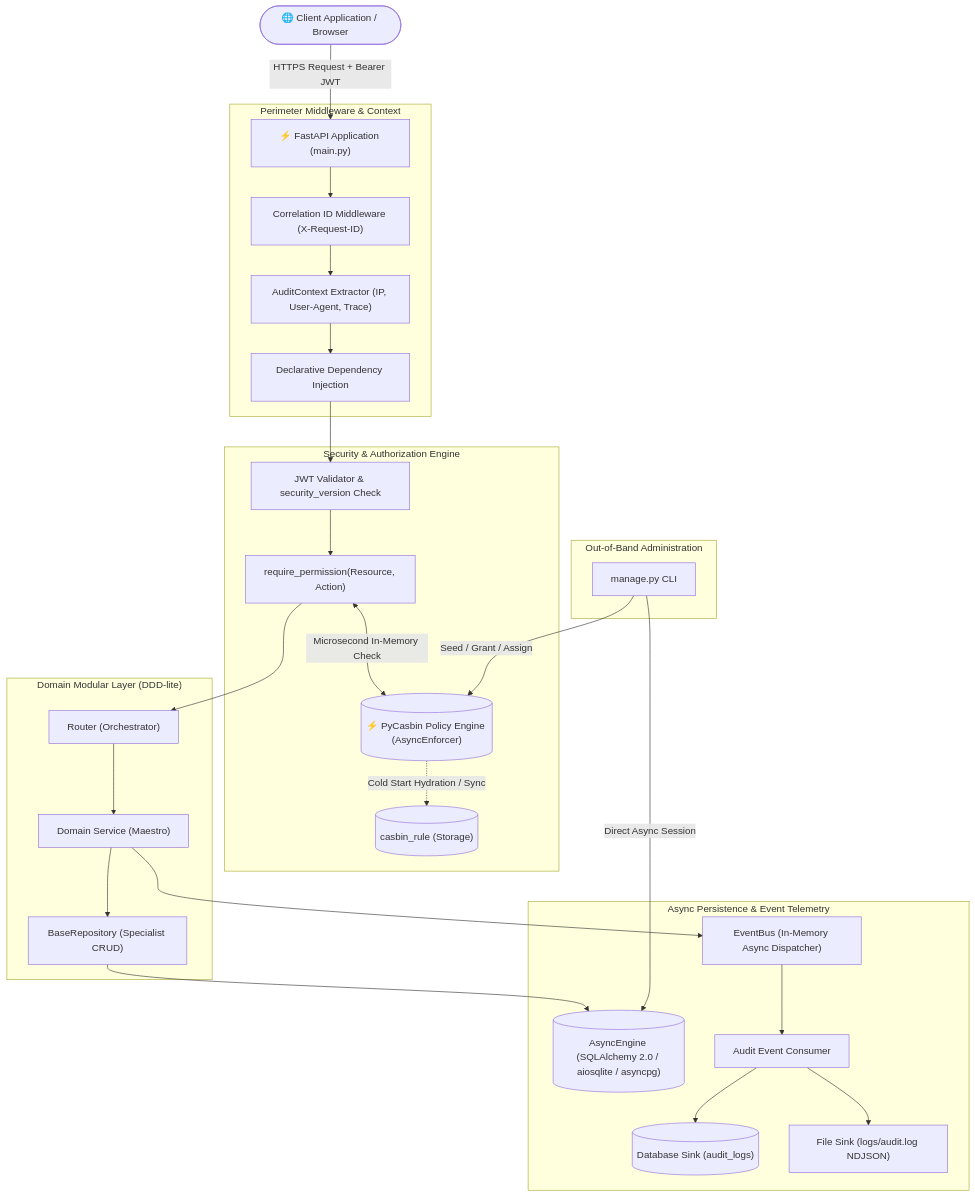
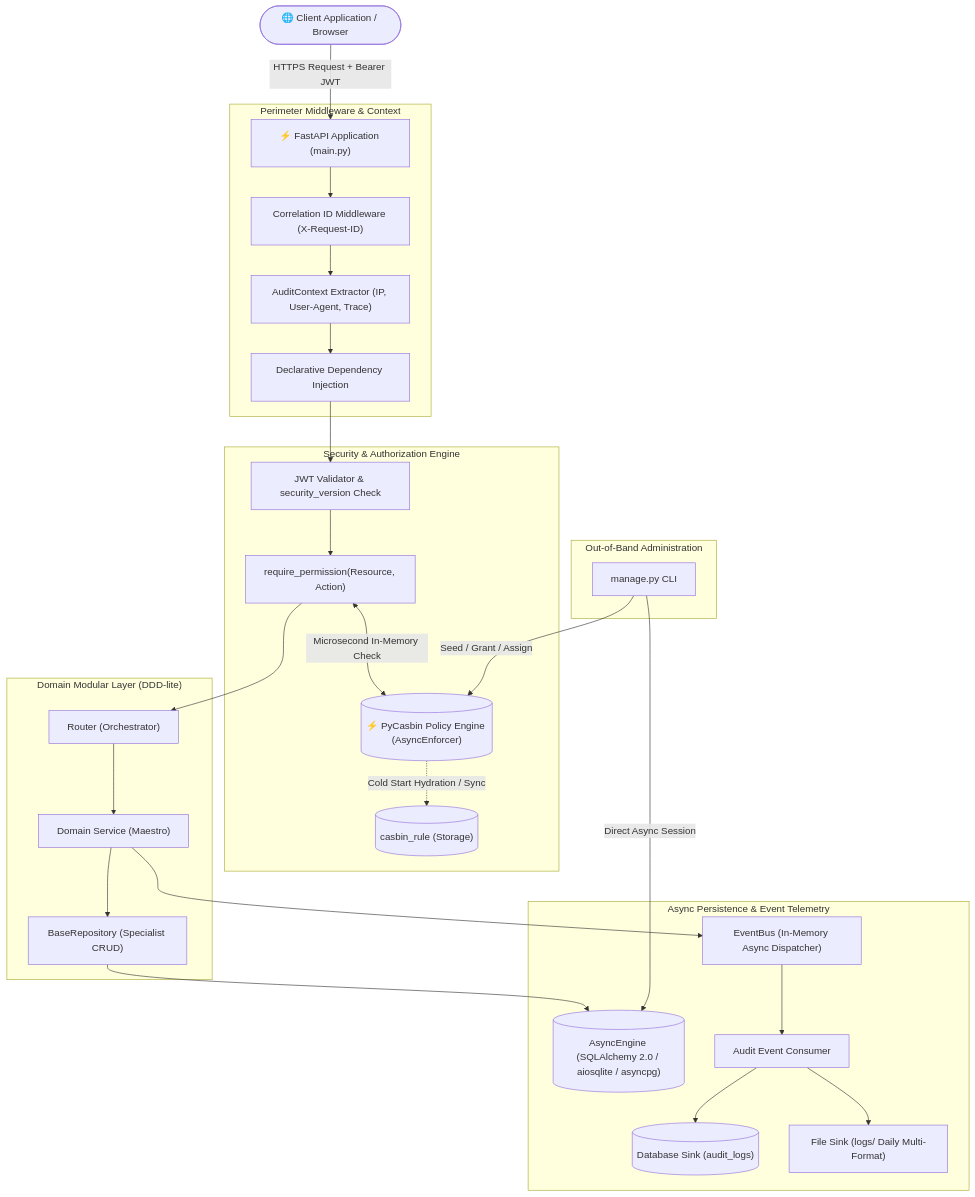
One commit to Ba-se-l/FastAPI-Base-Structure changed the diagram in README.md. Above: the diagram before and after it, drawn with Mermaid. The commit also changed other lines of this file and 51 other files, not shown here.

Commit message:
"feat(auth-audit): implement token lineage isolation, strict schema guards, and Alembic fix"

````diff
--- a/README.md
+++ b/README.md
@@ -37,36 +37,36 @@
 ```mermaid
 flowchart TD
     Client(["🌐 Client Application / Browser"]) -->|HTTPS Request + Bearer JWT| Main["⚡ FastAPI Application (main.py)"]
     
     subgraph Perimeter ["Perimeter Middleware & Context"]
         Main --> ReqId["Correlation ID Middleware (X-Request-ID)"]
         ReqId --> AuditCtx["AuditContext Extractor (IP, User-Agent, Trace)"]
         AuditCtx --> DepFactory["Declarative Dependency Injection"]
     end
     
     subgraph Security ["Security & Authorization Engine"]
         DepFactory --> JWTGuard["JWT Validator & security_version Check"]
         JWTGuard --> CasbinGuard["require_permission(Resource, Action)"]
         CasbinGuard <-->|Microsecond In-Memory Check| CasbinCache[("⚡ PyCasbin Policy Engine (AsyncEnforcer)")]
         CasbinCache -.->|Cold Start Hydration / Sync| DB_Rules[("casbin_rule (Storage)")]
     end
     
     subgraph Domain ["Domain Modular Layer (DDD-lite)"]
         CasbinGuard --> Router["Router (Orchestrator)"]
         Router --> Service["Domain Service (Maestro)"]
         Service --> BaseRepo["BaseRepository (Specialist CRUD)"]
     end
 
     subgraph Infrastructure ["Async Persistence & Event Telemetry"]
         BaseRepo --> AsyncEngine[("AsyncEngine (SQLAlchemy 2.0 / aiosqlite / asyncpg)")]
         Service --> EventBus["EventBus (In-Memory Async Dispatcher)"]
         EventBus --> AuditHandler["Audit Event Consumer"]
         AuditHandler --> SinkDB[("Database Sink (audit_logs)")]
-        AuditHandler --> SinkFile["File Sink (logs/audit.log NDJSON)"]
+        AuditHandler --> SinkFile["File Sink (logs/ Daily Multi-Format)"]
     end
 
     subgraph OOB ["Out-of-Band Administration"]
         CLI["manage.py CLI"] -->|Direct Async Session| AsyncEngine
         CLI -->|Seed / Grant / Assign| CasbinCache
     end
 ```
````
